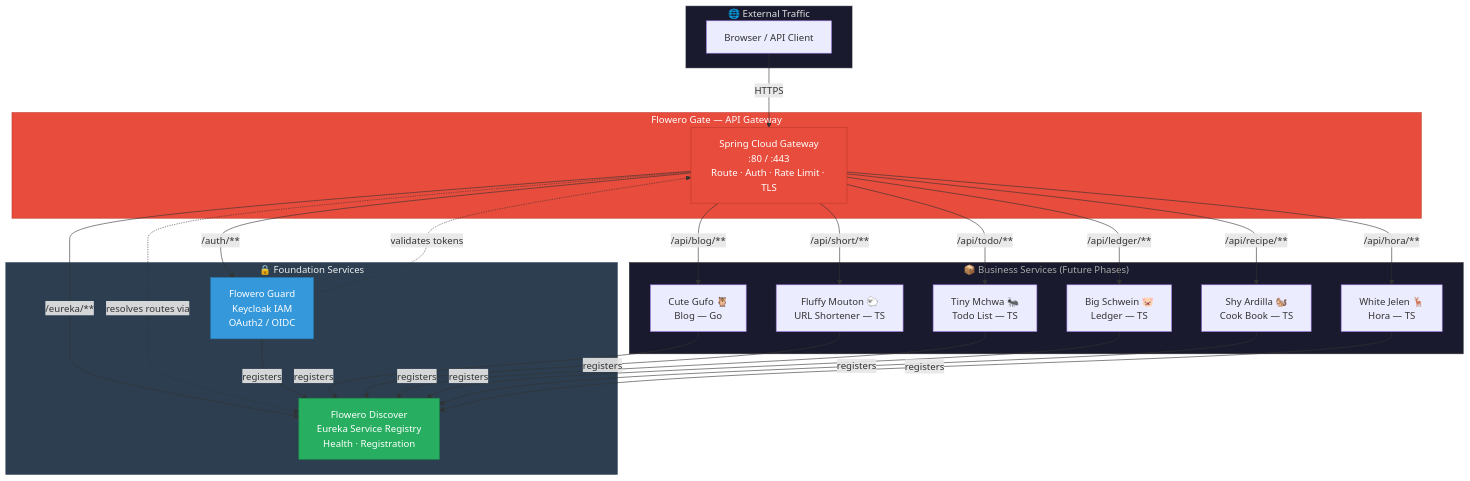
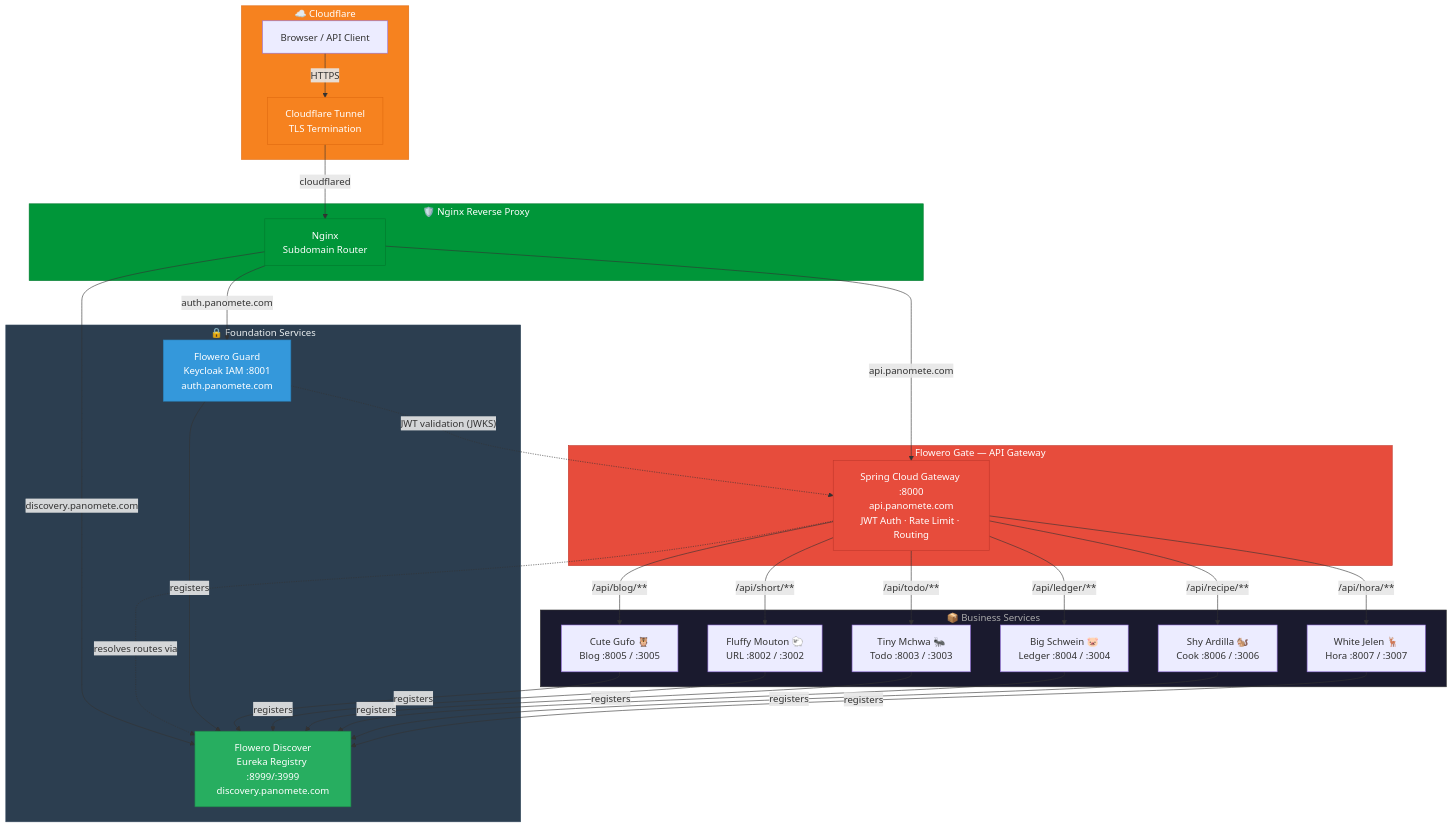
Before and after one commit to oat431/project_spec: the first of 2 diagrams in spec/panomete_platform/README.md, drawn with Mermaid. The commit also changed other lines of this file and 24 other files, not shown here.

````diff
--- a/spec/panomete_platform/README.md
+++ b/spec/panomete_platform/README.md
@@ -7,53 +7,65 @@
 ```mermaid
 flowchart TB
-    subgraph External["🌐 External Traffic"]
+    subgraph External["☁️ Cloudflare"]
         Client["Browser / API Client"]
+        CF["Cloudflare Tunnel<br>TLS Termination"]
+    end
+
+    subgraph Edge["🛡️ Nginx Reverse Proxy"]
+        Nginx["Nginx<br>Subdomain Router"]
+    end
+
+    subgraph Foundation["🔒 Foundation Services"]
+        Guard["Flowero Guard<br>Keycloak IAM :8001<br>auth.panomete.com"]
+        Discover["Flowero Discover<br>Eureka Registry :8999/:3999<br>discovery.panomete.com"]
     end
 
     subgraph Gateway["Flowero Gate — API Gateway"]
-        Gate["Spring Cloud Gateway<br>:80 / :443<br>Route · Auth · Rate Limit · TLS"]
+        Gate["Spring Cloud Gateway :8000<br>api.panomete.com<br>JWT Auth · Rate Limit · Routing"]
     end
 
-    subgraph Foundation["🔒 Foundation Services"]
-        Guard["Flowero Guard<br>Keycloak IAM<br>OAuth2 / OIDC"]
-        Discover["Flowero Discover<br>Eureka Service Registry<br>Health · Registration"]
+    subgraph Business["📦 Business Services"]
+        Blog["Cute Gufo 🦉<br>Blog :8005 / :3005"]
+        URL["Fluffy Mouton 🐑<br>URL :8002 / :3002"]
+        Todo["Tiny Mchwa 🐜<br>Todo :8003 / :3003"]
+        Ledger["Big Schwein 🐷<br>Ledger :8004 / :3004"]
+        Cook["Shy Ardilla 🐿️<br>Cook :8006 / :3006"]
+        Hora["White Jelen 🦌<br>Hora :8007 / :3007"]
     end
 
-    subgraph Business["📦 Business Services (Future Phases)"]
-        Blog["Cute Gufo 🦉<br>Blog — Go"]
-        URL["Fluffy Mouton 🐑<br>URL Shortener — TS"]
-        Todo["Tiny Mchwa 🐜<br>Todo List — TS"]
-        Ledger["Big Schwein 🐷<br>Ledger — TS"]
-        Cook["Shy Ardilla 🐿️<br>Cook Book — TS"]
-        Hora["White Jelen 🦌<br>Hora — TS"]
-    end
+    Client -->|"HTTPS"| CF
+    CF -->|"cloudflared"| Nginx
 
-    Client -->|"HTTPS"| Gate
-    Gate -->|"/auth/**"| Guard
+    Nginx -->|"auth.panomete.com"| Guard
+    Nginx -->|"discovery.panomete.com"| Discover
+    Nginx -->|"api.panomete.com"| Gate
+
     Gate -->|"/api/blog/**"| Blog
     Gate -->|"/api/short/**"| URL
     Gate -->|"/api/todo/**"| Todo
     Gate -->|"/api/ledger/**"| Ledger
     Gate -->|"/api/recipe/**"| Cook
     Gate -->|"/api/hora/**"| Hora
-    Gate -->|"/eureka/**"| Discover
 
-    Guard -.->|"validates tokens"| Gate
+    Guard -.->|"JWT validation (JWKS)"| Gate
     Gate -.->|"resolves routes via"| Discover
 
     Guard -->|"registers"| Discover
     Blog -->|"registers"| Discover
     URL -->|"registers"| Discover
     Todo -->|"registers"| Discover
     Ledger -->|"registers"| Discover
     Cook -->|"registers"| Discover
     Hora -->|"registers"| Discover
 
-    style External fill:#1a1a2e,stroke:#e0e0e0,color:#e0e0e0
+    style External fill:#f6821f,stroke:#e06a10,color:#fff
+    style Edge fill:#009639,stroke:#007a2e,color:#fff
+    style Foundation fill:#2c3e50,stroke:#34495e,color:#ecf0f1
     style Gateway fill:#e74c3c,stroke:#c0392b,color:#fff
-    style Foundation fill:#2c3e50,stroke:#34495e,color:#ecf0f1
     style Business fill:#1a1a2e,stroke:#333,color:#aaa
     style Guard fill:#3498db,stroke:#2980b9,color:#fff
     style Discover fill:#27ae60,stroke:#1e8449,color:#fff
     style Gate fill:#e74c3c,stroke:#c0392b,color:#fff
+    style CF fill:#f6821f,stroke:#e06a10,color:#fff
+    style Nginx fill:#009639,stroke:#007a2e,color:#fff
 ```
````
